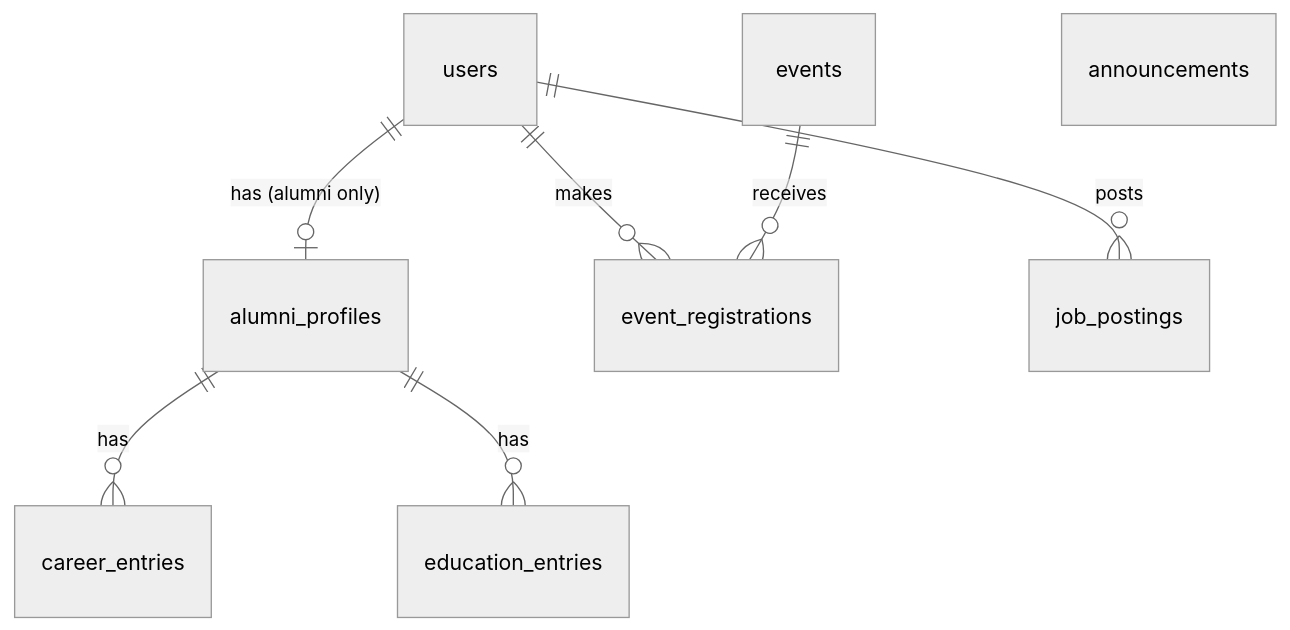
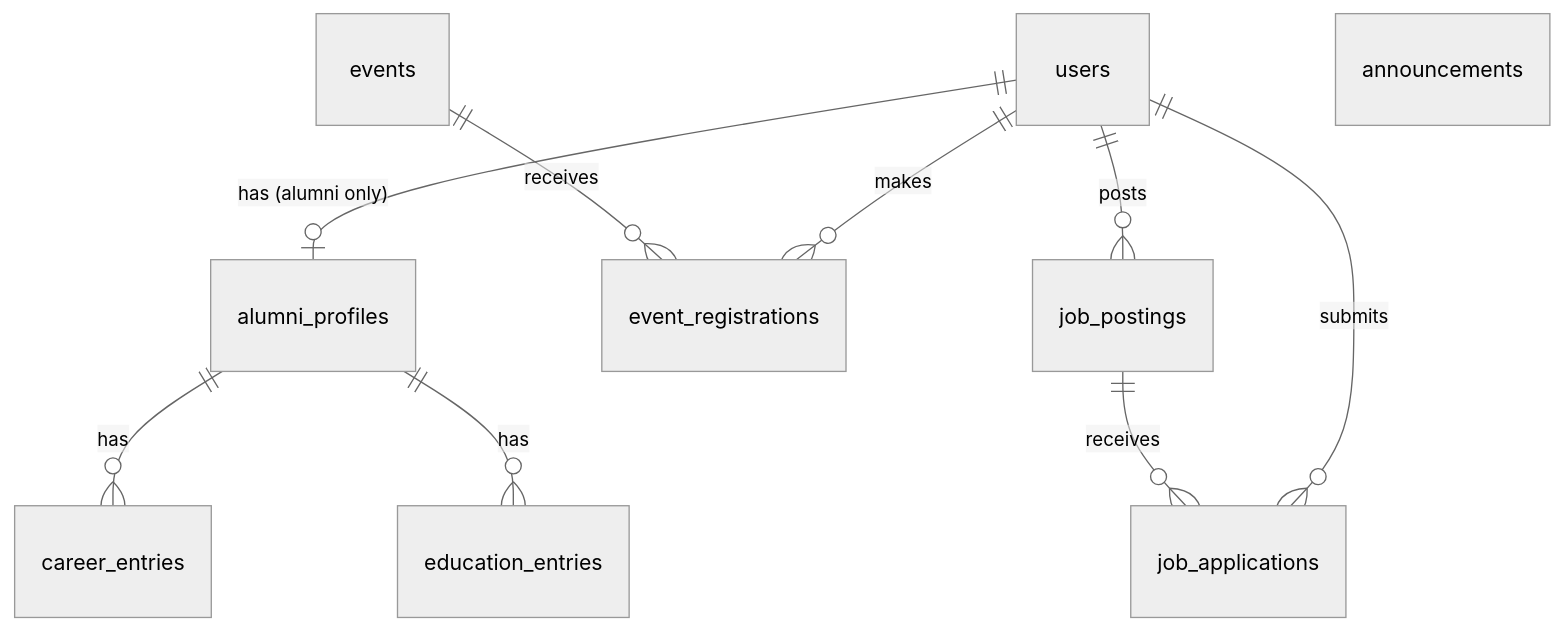
The diagram in DDD.md (gulnihalarikaymak/alumni), drawn with Mermaid (neutral theme) before and after one commit. The commit also changed other lines of this file and 1 other file, not shown here.

First line of the commit message:
docs(ddd): add job_applications table (week 6 task 5, step 1)

````diff
--- a/DDD.md
+++ b/DDD.md
@@ -41,10 +42,12 @@
 ```mermaid
 erDiagram
     users ||--o| alumni_profiles : "has (alumni only)"
     alumni_profiles ||--o{ career_entries : has
     alumni_profiles ||--o{ education_entries : has
     users ||--o{ event_registrations : makes
     events ||--o{ event_registrations : receives
     users ||--o{ job_postings : posts
+    users ||--o{ job_applications : submits
+    job_postings ||--o{ job_applications : receives
     announcements
 ```
````
